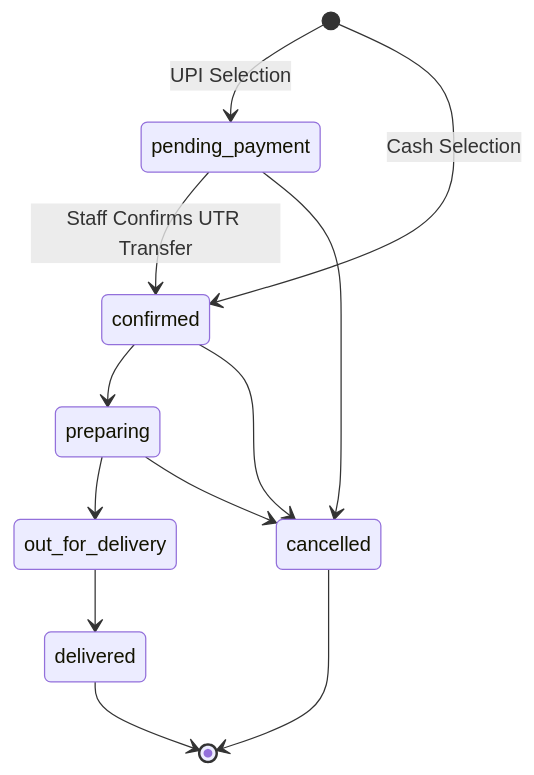
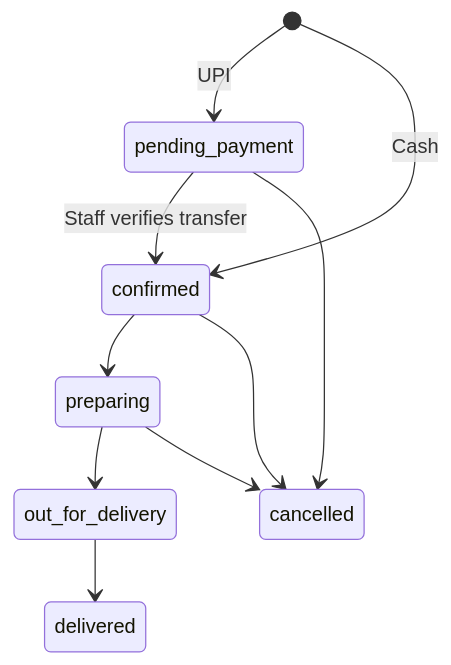
The second of 2 diagrams in README.md (ManasSaxena14/AuraRoast), drawn with Mermaid before and after one commit. The commit also changed other lines of this file and 84 other files, not shown here.

Commit message:
add SmartImage component, Three.js bean animations, and database schema migrations

````diff
--- a/README.md
+++ b/README.md
@@ -235,14 +191,12 @@
 ```mermaid
 stateDiagram-v2
-    [*] --> pending_payment: UPI Selection
-    [*] --> confirmed: Cash Selection
-    pending_payment --> confirmed: Staff Confirms UTR Transfer
+    [*] --> pending_payment: UPI
+    [*] --> confirmed: Cash
+    pending_payment --> confirmed: Staff verifies transfer
     confirmed --> preparing
     preparing --> out_for_delivery
     out_for_delivery --> delivered
     pending_payment --> cancelled
     confirmed --> cancelled
     preparing --> cancelled
-    delivered --> [*]
-    cancelled --> [*]
 ```
````
